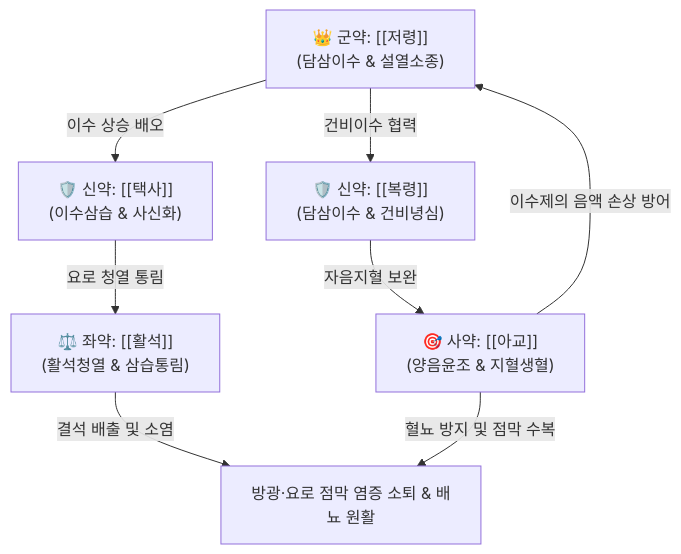
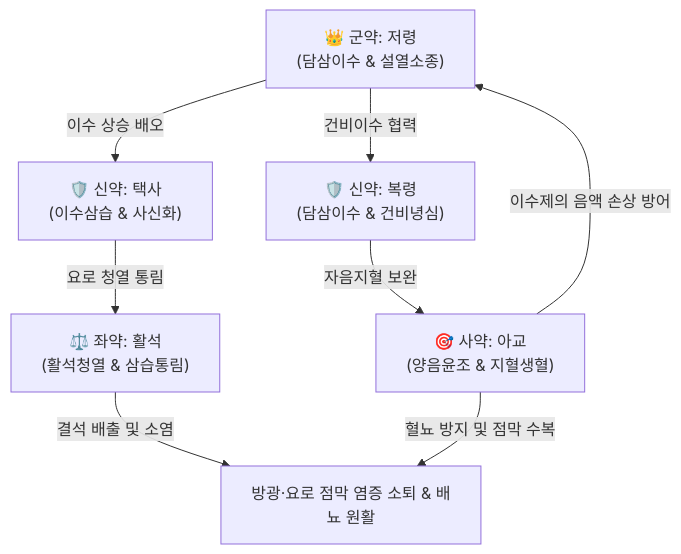
Before and after one commit to simbio11/simbio-digital-garden2: the diagram in content/2. 약리 공부/처방/03_화담·거습·이수제/저령탕.md, drawn with Mermaid. The commit also changed other lines of this file and 122 other files, not shown here.

````diff
--- a/content/2. 약리 공부/처방/03_화담·거습·이수제/저령탕.md
+++ b/content/2. 약리 공부/처방/03_화담·거습·이수제/저령탕.md
@@ -47,10 +47,10 @@
 ```mermaid
 graph TD
-    ZL["👑 군약: [[저령]]<br>(담삼이수 & 설열소종)"] -->|이수 상승 배오| TS["🛡️ 신약: [[택사]]<br>(이수삼습 & 사신화)"]
-    ZL -->|건비이수 협력| FL["🛡️ 신약: [[복령]]<br>(담삼이수 & 건비녕심)"]
-    TS -->|요로 청열 통림| HS["⚖️ 좌약: [[활석]]<br>(활석청열 & 삼습통림)"]
+    ZL["👑 군약: 저령<br>(담삼이수 & 설열소종)"] -->|이수 상승 배오| TS["🛡️ 신약: 택사<br>(이수삼습 & 사신화)"]
+    ZL -->|건비이수 협력| FL["🛡️ 신약: 복령<br>(담삼이수 & 건비녕심)"]
+    TS -->|요로 청열 통림| HS["⚖️ 좌약: 활석<br>(활석청열 & 삼습통림)"]
     HS -->|결석 배출 및 소염| BL["방광·요로 점막 염증 소퇴 & 배뇨 원활"]
-    FL -->|자음지혈 보완| AG["🎯 사약: [[아교]]<br>(양음윤조 & 지혈생혈)"]
+    FL -->|자음지혈 보완| AG["🎯 사약: 아교<br>(양음윤조 & 지혈생혈)"]
     AG -->|이수제의 음액 손상 방어| ZL
     AG -->|혈뇨 방지 및 점막 수복| BL
 ```
````
